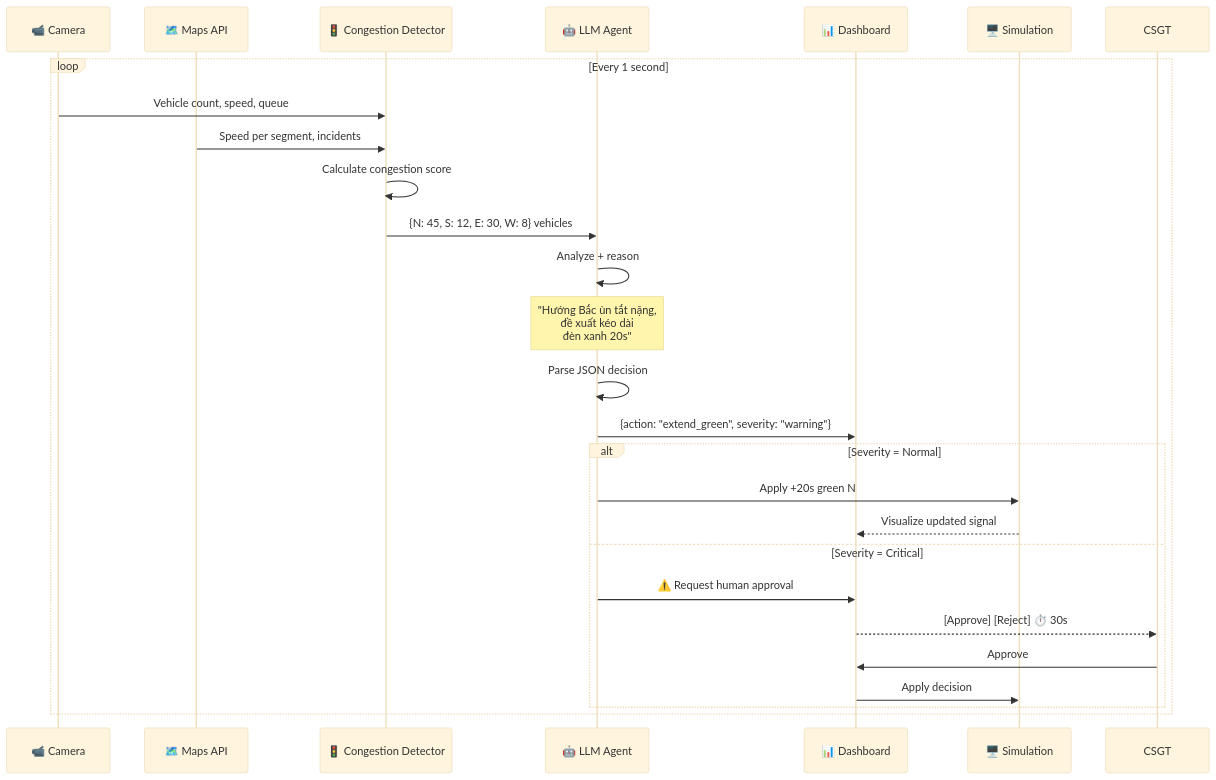
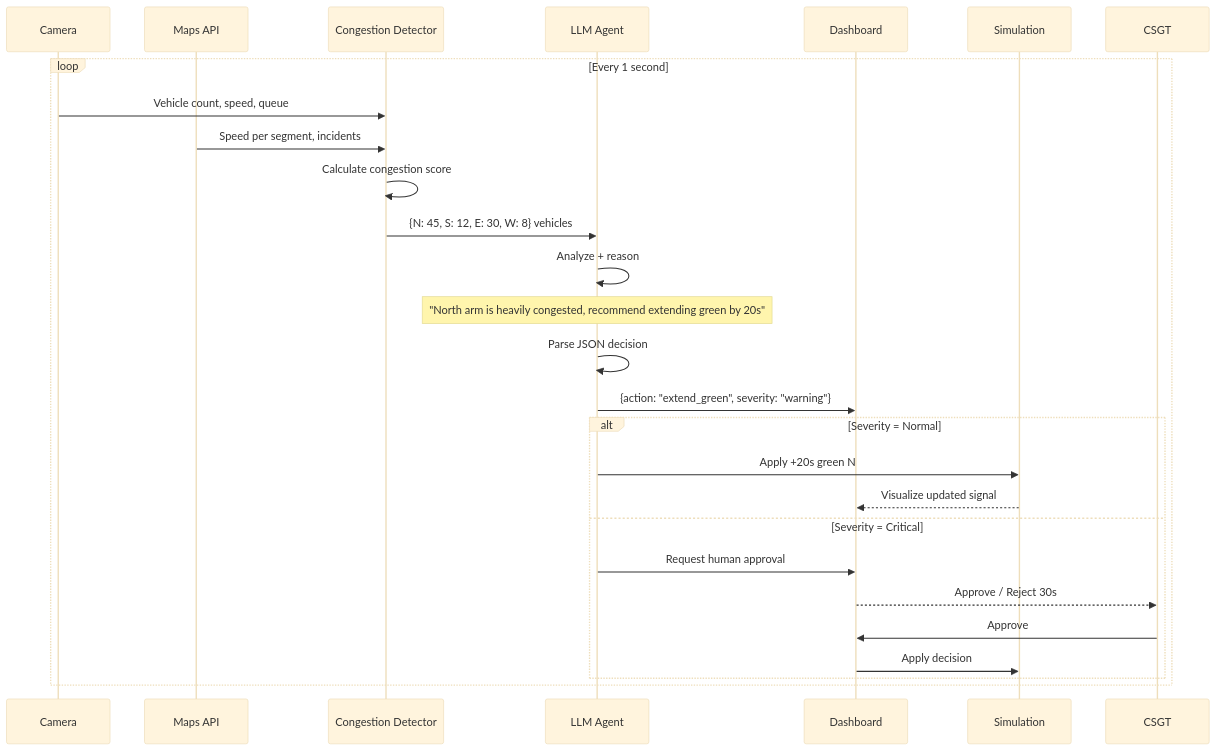
The seventh of 9 diagrams in docs/architecture.md (tanh1c/agent-traffic), drawn with Mermaid (base theme) before and after one commit. The commit also changed other lines of this file, not shown here.

Commit message:
docs: use default mermaid colors and English only

````diff
--- a/docs/architecture.md
+++ b/docs/architecture.md
@@ -262,32 +251,32 @@
 ```mermaid
 sequenceDiagram
-    participant CAM as 📹 Camera
-    participant MAPS as 🗺️ Maps API
-    participant DET as 🚦 Congestion Detector
-    participant LLM as 🤖 LLM Agent
-    participant DASH as 📊 Dashboard
-    participant SIM as 🖥️ Simulation
+    participant CAM as Camera
+    participant MAPS as Maps API
+    participant DET as Congestion Detector
+    participant LLM as LLM Agent
+    participant DASH as Dashboard
+    participant SIM as Simulation
 
     loop Every 1 second
         CAM->>DET: Vehicle count, speed, queue
         MAPS->>DET: Speed per segment, incidents
         DET->>DET: Calculate congestion score
         DET->>LLM: {N: 45, S: 12, E: 30, W: 8} vehicles
 
         LLM->>LLM: Analyze + reason
-        Note over LLM: "Hướng Bắc ùn tắt nặng,<br/>đề xuất kéo dài<br/>đèn xanh 20s"
+        Note over LLM: "North arm is heavily congested, recommend extending green by 20s"
 
         LLM->>LLM: Parse JSON decision
         LLM->>DASH: {action: "extend_green", severity: "warning"}
 
         alt Severity = Normal
             LLM->>SIM: Apply +20s green N
             SIM-->>DASH: Visualize updated signal
         else Severity = Critical
-            LLM->>DASH: ⚠️ Request human approval
-            DASH-->>CSGT: [Approve] [Reject] ⏱️ 30s
+            LLM->>DASH: Request human approval
+            DASH-->>CSGT: Approve / Reject 30s
             CSGT->>DASH: Approve
             DASH->>SIM: Apply decision
         end
     end
 ```
````
